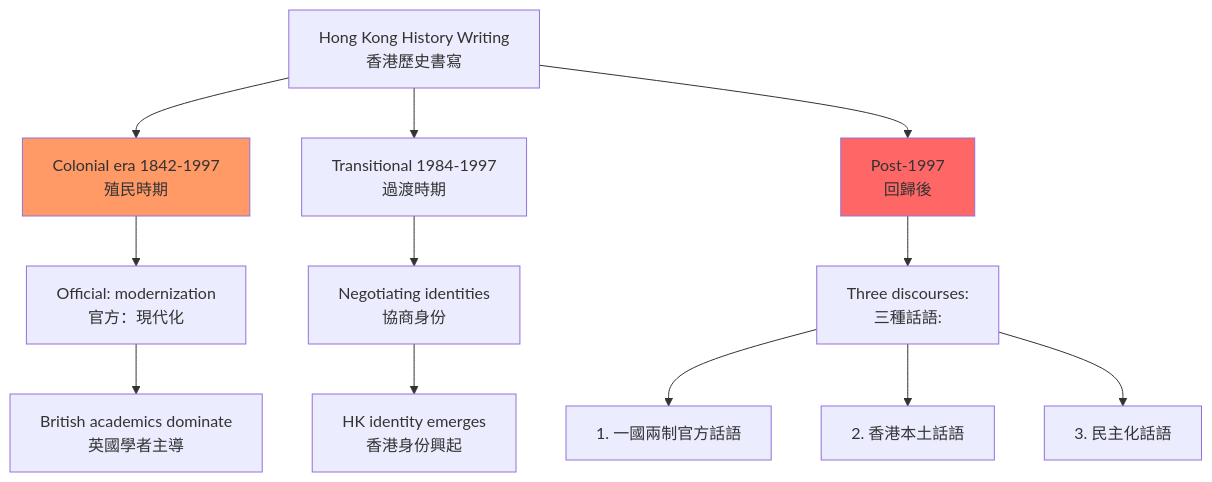
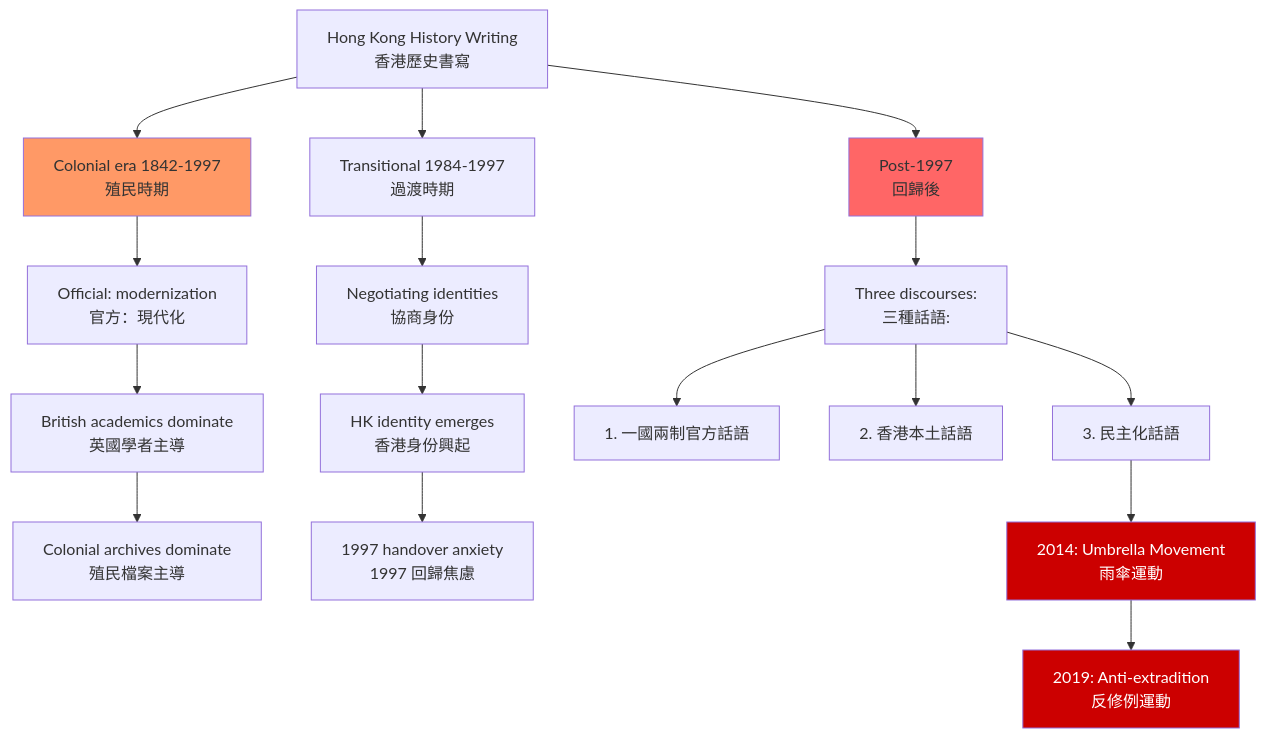
The fourth of 5 diagrams in 01_HKU_Courses/HIST4024_Writing_Hong_Kong_History.md (yip-lgtm/HKU-Harvard-History-Self-Study), drawn with Mermaid before and after one commit. The commit also changed other lines of this file and 22 other files, not shown here.

````diff
--- a/01_HKU_Courses/HIST4024_Writing_Hong_Kong_History.md
+++ b/01_HKU_Courses/HIST4024_Writing_Hong_Kong_History.md
@@ -183,20 +237,26 @@
 ```mermaid
 graph TD
     A[Hong Kong History Writing<br/>香港歷史書寫] --> B[Colonial era 1842-1997<br/>殖民時期]
     A --> C[Transitional 1984-1997<br/>過渡時期]
     A --> D[Post-1997<br/>回歸後]
     
     B --> B1[Official: modernization<br/>官方：現代化]
     B1 --> B2[British academics dominate<br/>英國學者主導]
+    B2 --> B3[Colonial archives dominate<br/>殖民檔案主導]
     
     C --> C1[Negotiating identities<br/>協商身份]
     C1 --> C2[HK identity emerges<br/>香港身份興起]
+    C2 --> C3[1997 handover anxiety<br/>1997 回歸焦慮]
     
     D --> D1[Three discourses:<br/>三種話語:]
     D1 --> D2[1. 一國兩制官方話語]
     D1 --> D3[2. 香港本土話語]
     D1 --> D4[3. 民主化話語]
+    D4 --> D5[2014: Umbrella Movement<br/>雨傘運動]
+    D5 --> D6[2019: Anti-extradition<br/>反修例運動]
     
     style B fill:#f96
     style D fill:#f66
+    style D5 fill:#c00,color:#fff
+    style D6 fill:#c00,color:#fff
 ```
````
